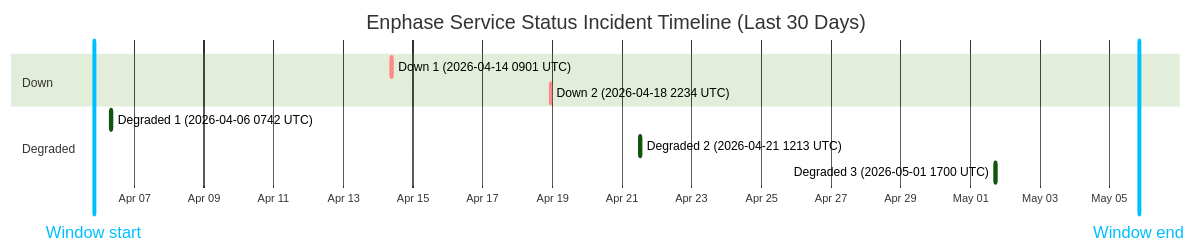
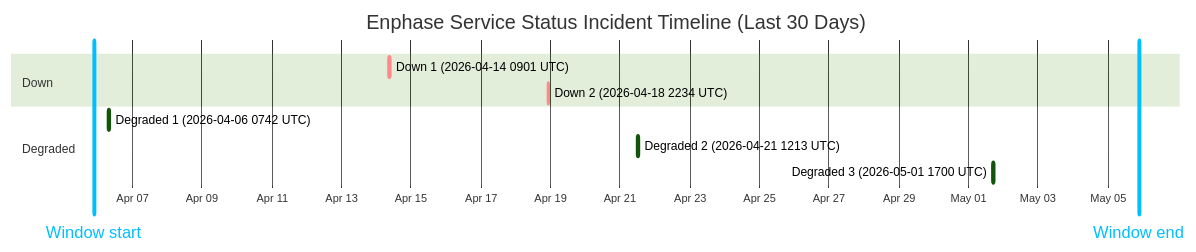
The diagram in wiki/Service-Status-History.md (barneyonline/ha-enphase-ev-charger), drawn with Mermaid (forest theme) before and after one commit. The commit also changed other lines of this file and 3 other files, not shown here.

````diff
--- a/wiki/Service-Status-History.md
+++ b/wiki/Service-Status-History.md
@@ -14,15 +14,15 @@
 ```mermaid
 gantt
     title Enphase Service Status Incident Timeline (Last 30 Days)
     dateFormat  YYYY-MM-DDTHH:mm:ss
     axisFormat  %b %d
-    Window start :vert, window-start, 2026-04-05T20:06:53, 0ms
-    Window end :vert, window-end, 2026-05-05T20:06:53, 0ms
+    Window start :vert, window-start, 2026-04-05T21:34:54, 0ms
+    Window end :vert, window-end, 2026-05-05T21:34:54, 0ms
     section Down
     Down 1 (2026-04-14 0901 UTC) :crit, down-1, 2026-04-14T09:01:13, 60m
     Down 2 (2026-04-18 2234 UTC) :crit, down-2, 2026-04-18T22:34:13, 60m
     section Degraded
     Degraded 1 (2026-04-06 0742 UTC) :active, degraded-1, 2026-04-06T07:42:09, 85m
     Degraded 2 (2026-04-21 1213 UTC) :active, degraded-2, 2026-04-21T12:13:11, 60m
     Degraded 3 (2026-05-01 1700 UTC) :active, degraded-3, 2026-05-01T17:00:22, 60m
 ```
````
